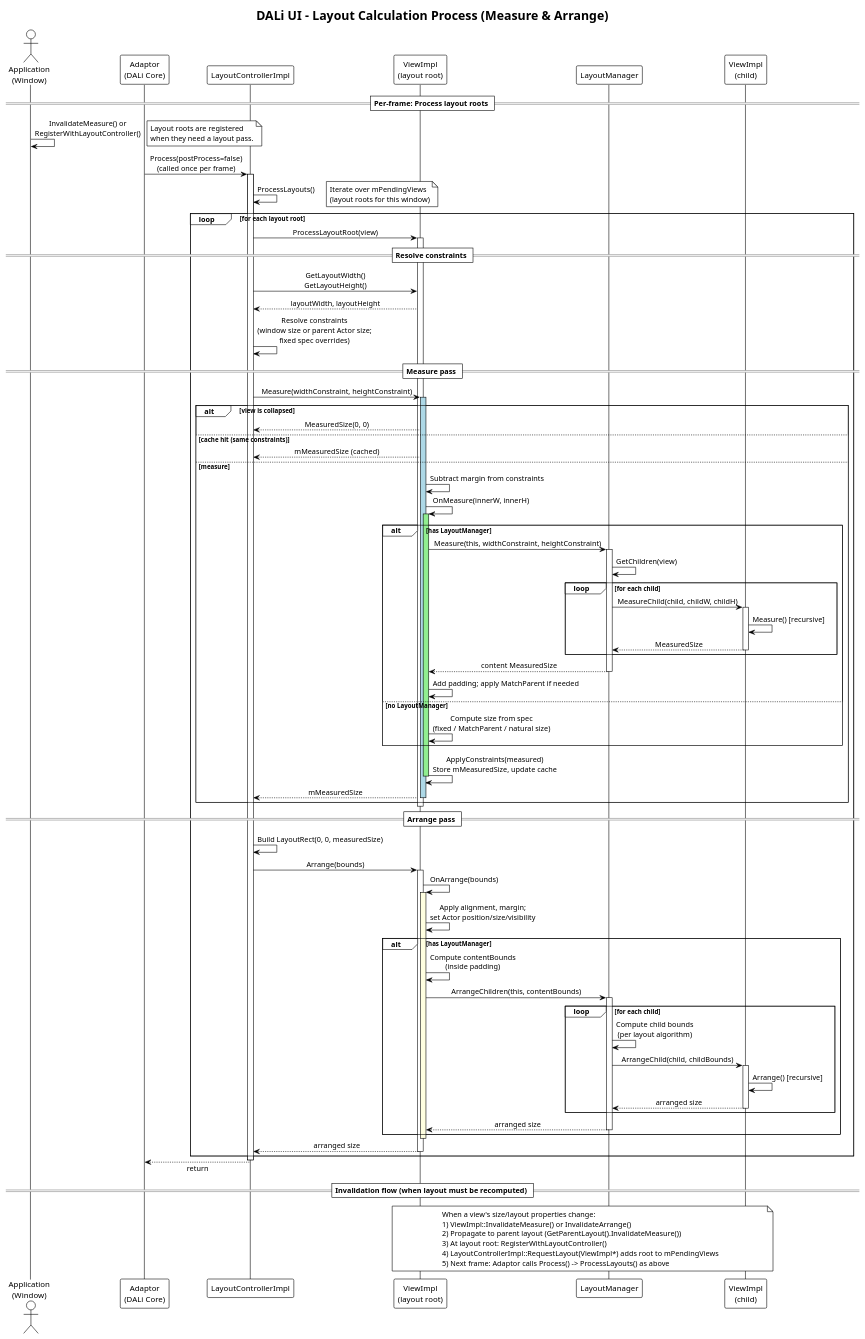
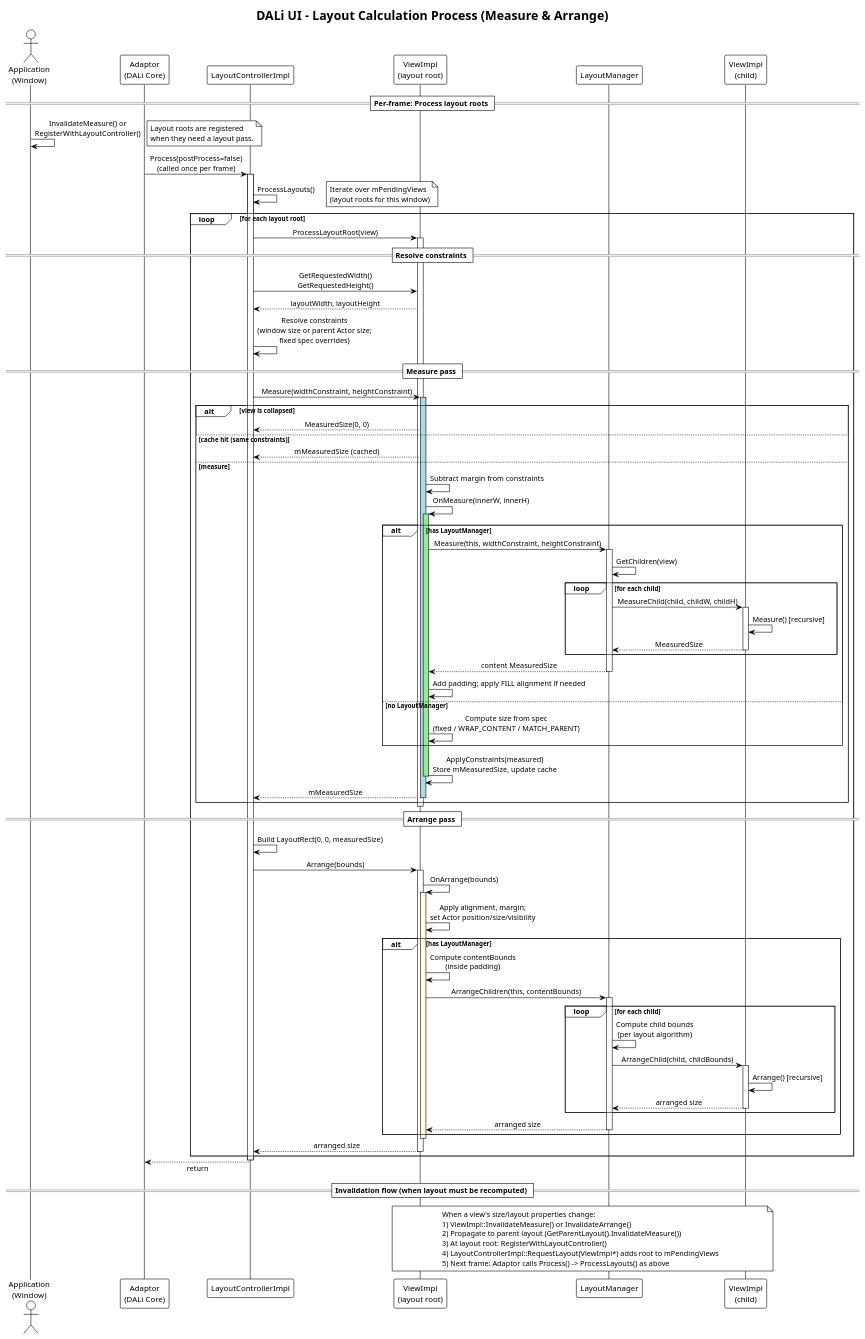
The diagram in docs/layout-sequence-diagram.puml (dalihub/dali-ui), drawn with PlantUML before and after one commit. The commit also changed 22 other files, not shown here.

First line of the commit message:
Unify StackLayoutParams to single cross-axis SetAlignment with FILL

```diff
--- a/docs/layout-sequence-diagram.puml
+++ b/docs/layout-sequence-diagram.puml
@@ -1,116 +1,116 @@
 @startuml layout-calculation-sequence
 !theme plain
 title DALi UI - Layout Calculation Process (Measure & Arrange)
 
 ' Public API: only Layout has AddView/Contents; Measure/Arrange are invoked by the layout system.
 ' This sequence shows the internal flow (ViewImpl, LayoutManager).
 
 skinparam sequenceMessageAlign center
 skinparam responseMessageBelowArrow true
 
 actor "Application\n(Window)" as App
 participant "Adaptor\n(DALi Core)" as Adaptor
 participant "LayoutControllerImpl" as LC
 participant "ViewImpl\n(layout root)" as Root
 participant "LayoutManager" as LM
 participant "ViewImpl\n(child)" as Child
 
 == Per-frame: Process layout roots ==
 App -> App : InvalidateMeasure() or\nRegisterWithLayoutController()
 note right: Layout roots are registered\nwhen they need a layout pass.
 
 Adaptor -> LC : Process(postProcess=false)\n(called once per frame)
 activate LC
 
 LC -> LC : ProcessLayouts()
 note right: Iterate over mPendingViews\n(layout roots for this window)
 
 loop for each layout root
   LC -> Root : ProcessLayoutRoot(view)
   activate Root
 
   == Resolve constraints ==
-  LC -> Root : GetLayoutWidth()\nGetLayoutHeight()
+  LC -> Root : GetRequestedWidth()\nGetRequestedHeight()
   Root --> LC : layoutWidth, layoutHeight
   LC -> LC : Resolve constraints\n(window size or parent Actor size;\nfixed spec overrides)
 
   == Measure pass ==
   LC -> Root : Measure(widthConstraint, heightConstraint)
   activate Root #LightBlue
 
   alt view is collapsed
     Root --> LC : MeasuredSize(0, 0)
   else cache hit (same constraints)
     Root --> LC : mMeasuredSize (cached)
   else measure
     Root -> Root : Subtract margin from constraints
     Root -> Root : OnMeasure(innerW, innerH)
     activate Root #LightGreen
 
     alt has LayoutManager
       Root -> LM : Measure(this, widthConstraint, heightConstraint)
       activate LM
       LM -> LM : GetChildren(view)
       loop for each child
         LM -> Child : MeasureChild(child, childW, childH)
         activate Child
         Child -> Child : Measure() [recursive]
         Child --> LM : MeasuredSize
         deactivate Child
       end
       LM --> Root : content MeasuredSize
       deactivate LM
-      Root -> Root : Add padding; apply MatchParent if needed
+      Root -> Root : Add padding; apply FILL alignment if needed
     else no LayoutManager
-      Root -> Root : Compute size from spec\n(fixed / MatchParent / natural size)
+      Root -> Root : Compute size from spec\n(fixed / WRAP_CONTENT / MATCH_PARENT)
     end
     Root -> Root : ApplyConstraints(measured)\nStore mMeasuredSize, update cache
     deactivate Root
     Root --> LC : mMeasuredSize
     deactivate Root
   end
   deactivate Root
 
   == Arrange pass ==
   LC -> LC : Build LayoutRect(0, 0, measuredSize)
   LC -> Root : Arrange(bounds)
   activate Root
 
   Root -> Root : OnArrange(bounds)
   activate Root #LightYellow
   Root -> Root : Apply alignment, margin;\nset Actor position/size/visibility
 
   alt has LayoutManager
     Root -> Root : Compute contentBounds\n(inside padding)
     Root -> LM : ArrangeChildren(this, contentBounds)
     activate LM
     loop for each child
       LM -> LM : Compute child bounds\n(per layout algorithm)
       LM -> Child : ArrangeChild(child, childBounds)
       activate Child
       Child -> Child : Arrange() [recursive]
       Child --> LM : arranged size
       deactivate Child
     end
     LM --> Root : arranged size
     deactivate LM
   end
   deactivate Root
   Root --> LC : arranged size
   deactivate Root
 
 end
 deactivate LC
 Adaptor <-- LC : return
 
 == Invalidation flow (when layout must be recomputed) ==
 note over Root, Child
   When a view's size/layout properties change:
   1) ViewImpl::InvalidateMeasure() or InvalidateArrange()
   2) Propagate to parent layout (GetParentLayout().InvalidateMeasure())
   3) At layout root: RegisterWithLayoutController()
   4) LayoutControllerImpl::RequestLayout(ViewImpl*) adds root to mPendingViews
   5) Next frame: Adaptor calls Process() -> ProcessLayouts() as above
 end note
 
 @enduml
```
